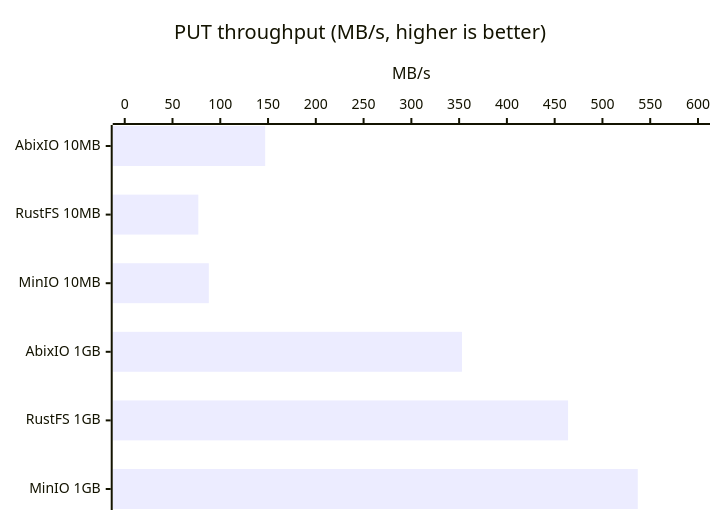
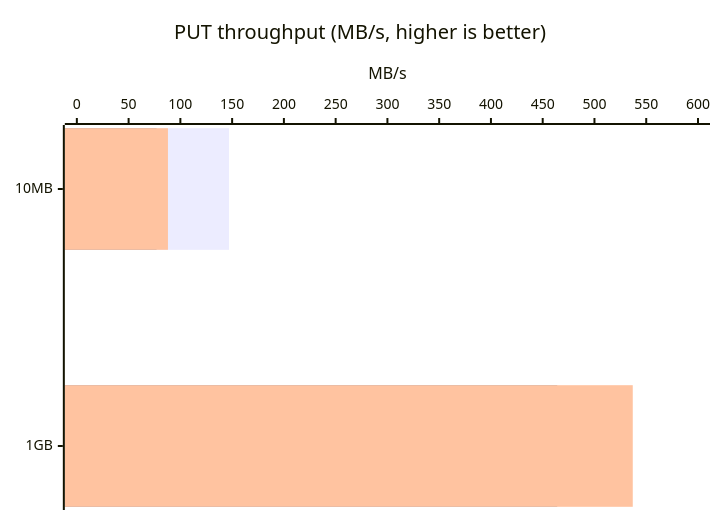
One commit to abix-/abixio changed the first of 3 diagrams in docs/benchmarks.md. Above: the diagram before and after it, drawn with Mermaid. The commit also changed other lines of this file, not shown here.

Commit message:
benchmarks: grouped bars with per-product colors

````diff
--- a/docs/benchmarks.md
+++ b/docs/benchmarks.md
@@ -8,7 +8,9 @@
 ```mermaid
 xychart-beta horizontal
     title "PUT throughput (MB/s, higher is better)"
-    x-axis ["AbixIO 10MB", "RustFS 10MB", "MinIO 10MB", "AbixIO 1GB", "RustFS 1GB", "MinIO 1GB"]
+    x-axis ["10MB", "1GB"]
     y-axis "MB/s" 0 --> 600
-    bar [147, 77, 88, 353, 464, 537]
+    bar "AbixIO" [147, 353]
+    bar "RustFS" [77, 464]
+    bar "MinIO" [88, 537]
 ```
````
